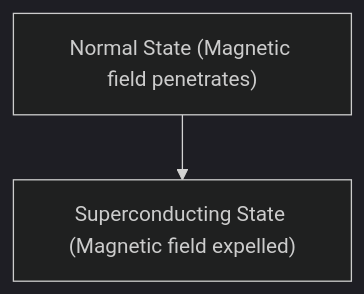
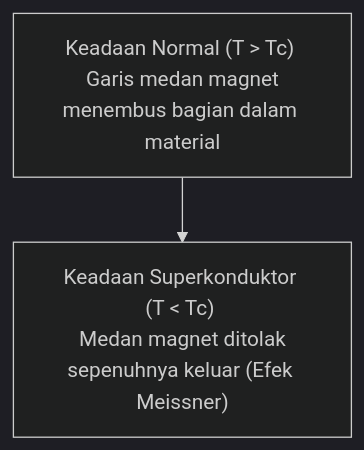
Before and after one commit to kenjinote/blog: the diagram in content/post/physics-superconductivity/index.id.md, drawn with Mermaid (dark theme). The commit also changed other lines of this file and 219 other files, not shown here.

````diff
--- a/content/post/physics-superconductivity/index.id.md
+++ b/content/post/physics-superconductivity/index.id.md
@@ -17,4 +32,4 @@
 ```mermaid
 flowchart TD
-    A["Normal State (Magnetic field penetrates)"] --> B["Superconducting State (Magnetic field expelled)"]
+    A["Keadaan Normal (T > Tc) \n Garis medan magnet menembus bagian dalam material"] --> B["Keadaan Superkonduktor (T < Tc) \n Medan magnet ditolak sepenuhnya keluar (Efek Meissner)"]
 ```
````
